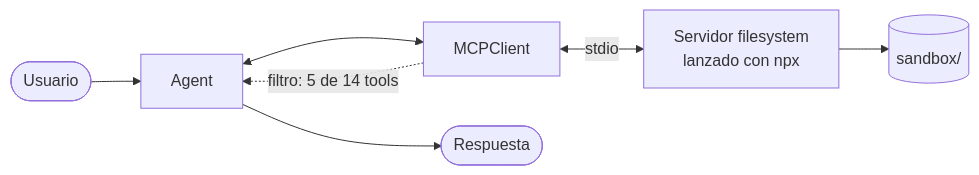
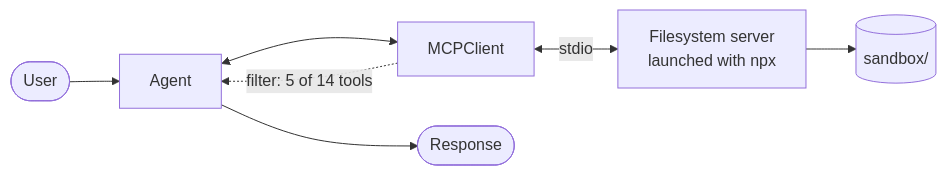
One commit to eider404/agent-architectures changed the diagram in strands-agents/02-mcp-agent/README.md. Above: the diagram before and after it, drawn with Mermaid. The commit also changed other lines of this file and 13 other files, not shown here.

````diff
--- a/strands-agents/02-mcp-agent/README.md
+++ b/strands-agents/02-mcp-agent/README.md
@@ -13,9 +13,9 @@
 ```mermaid
 flowchart LR
-    U([Usuario]) --> A[Agent]
+    U([User]) --> A[Agent]
     A <--> C[MCPClient]
-    C <-->|stdio| S["Servidor filesystem<br/>lanzado con npx"]
+    C <-->|stdio| S["Filesystem server<br/>launched with npx"]
     S --> F[("sandbox/")]
-    C -. "filtro: 5 de 14 tools" .-> A
-    A --> R([Respuesta])
+    C -. "filter: 5 of 14 tools" .-> A
+    A --> R([Response])
 ```
````
